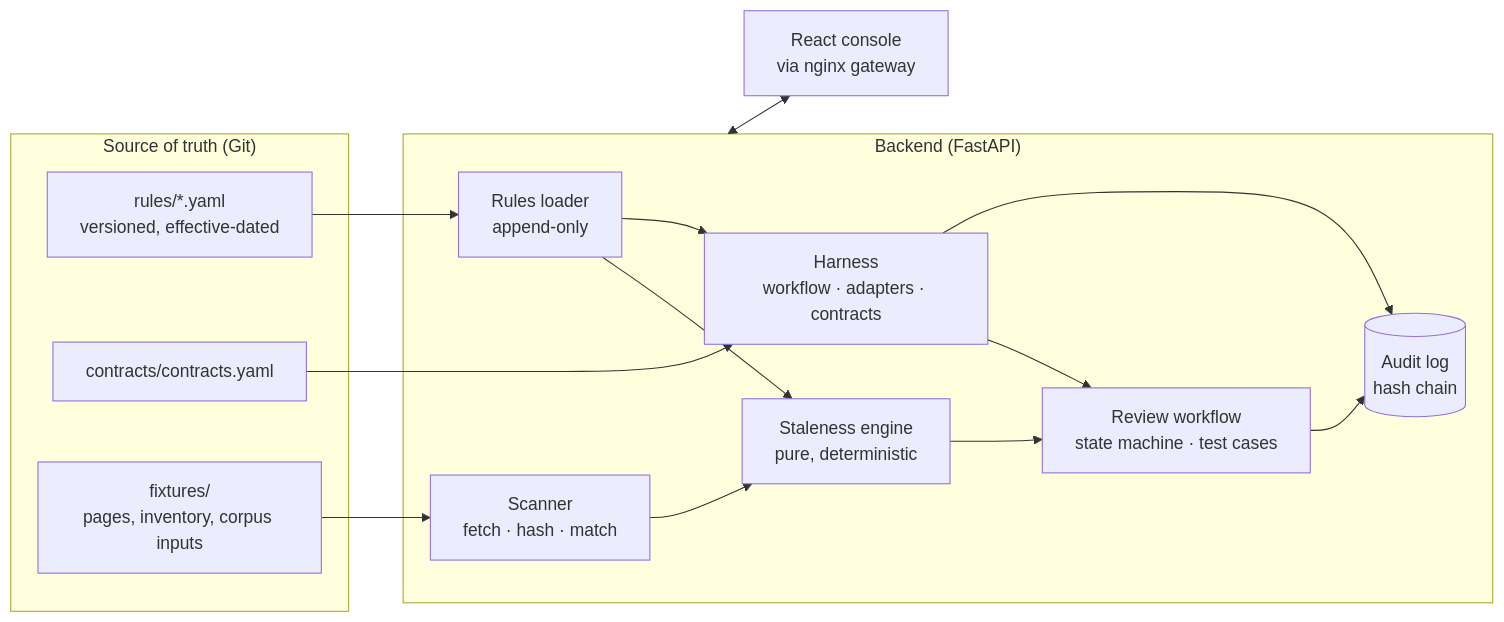
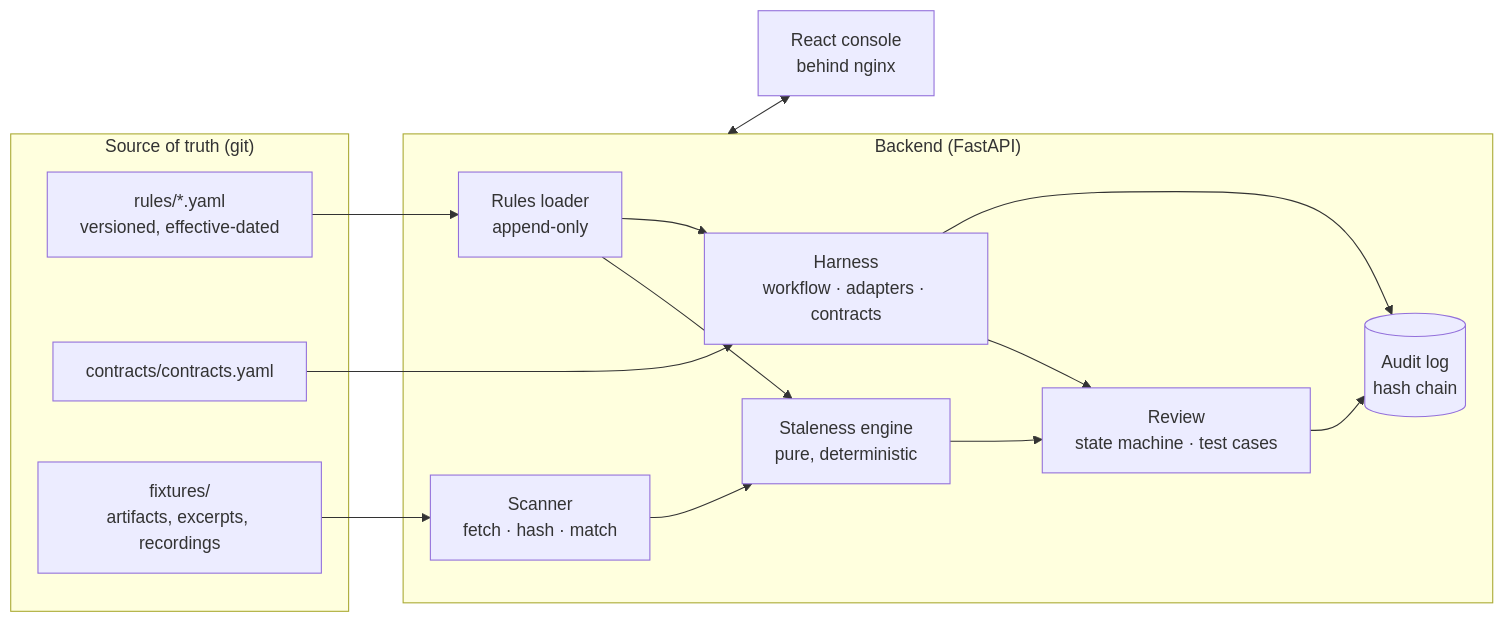
The diagram in README.md (ghantapavan93/EIP-Proto), drawn with Mermaid before and after one commit. The commit also changed other lines of this file and 8 other files, not shown here.

````diff
--- a/README.md
+++ b/README.md
@@ -65,29 +81,29 @@
 ```mermaid
 flowchart LR
-    subgraph Sources["Source of truth (Git)"]
+    subgraph Sources["Source of truth (git)"]
         R["rules/*.yaml<br/>versioned, effective-dated"]
         C["contracts/contracts.yaml"]
-        F["fixtures/<br/>pages, inventory, corpus inputs"]
+        F["fixtures/<br/>artifacts, excerpts, recordings"]
     end
 
     subgraph Engine["Backend (FastAPI)"]
         L["Rules loader<br/>append-only"]
         S["Scanner<br/>fetch · hash · match"]
         ST["Staleness engine<br/>pure, deterministic"]
         H["Harness<br/>workflow · adapters · contracts"]
-        RV["Review workflow<br/>state machine · test cases"]
+        RV["Review<br/>state machine · test cases"]
         A[("Audit log<br/>hash chain")]
     end
 
-    UI["React console<br/>via nginx gateway"]
+    UI["React console<br/>behind nginx"]
 
     R --> L --> ST
     F --> S --> ST
     C --> H
     L --> H
     ST --> RV
     H --> RV
     RV --> A
     H --> A
     Engine <--> UI
 ```
````
